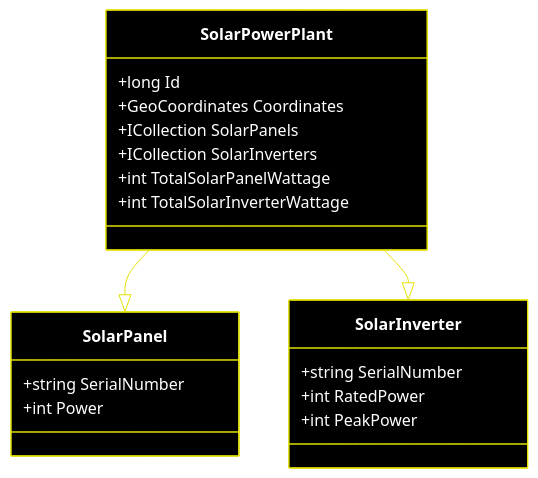
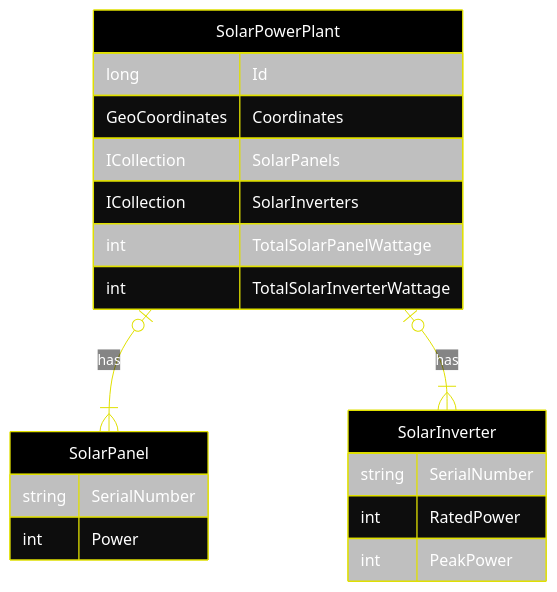
One commit to igor-u/jambo-web-api changed the diagram in README.md. Above: the diagram before and after it, drawn with Mermaid. The commit also changed other lines of this file, not shown here.

````diff
--- a/README.md
+++ b/README.md
@@ -10,31 +10,33 @@
 ```mermaid
 %%{
   init: {
     'theme': 'base',
     'themeVariables': {
       'primaryColor': '#000',
       'primaryTextColor': '#fff',
       'primaryBorderColor': '#e0e000',
       'lineColor': '#e0e000'
     }
   }
 }%%
-classDiagram
-      SolarPowerPlant --|> SolarPanel
-      SolarPowerPlant --|> SolarInverter
-      SolarPowerPlant : +long Id
-      SolarPowerPlant : +GeoCoordinates Coordinates
-      SolarPowerPlant: +ICollection<SolarPanel> SolarPanels
-      SolarPowerPlant: +ICollection<SolarInverter> SolarInverters
-      SolarPowerPlant: +int TotalSolarPanelWattage
-      SolarPowerPlant: +int TotalSolarInverterWattage
-      class SolarPanel{
-          +string SerialNumber
-          +int Power
+erDiagram
+      SolarPowerPlant o|--|{ SolarPanel : has
+      SolarPowerPlant o|--|{ SolarInverter : has
+      SolarPowerPlant {
+        long Id
+        GeoCoordinates Coordinates
+        ICollection SolarPanels
+        ICollection SolarInverters
+        int TotalSolarPanelWattage
+        int TotalSolarInverterWattage
+    }
+      SolarPanel{
+        string SerialNumber
+        int Power
       }
-      class SolarInverter{
-          +string SerialNumber
-          +int RatedPower
-          +int PeakPower
+      SolarInverter{
+        string SerialNumber
+        int RatedPower
+        int PeakPower
       }
 ```
````
